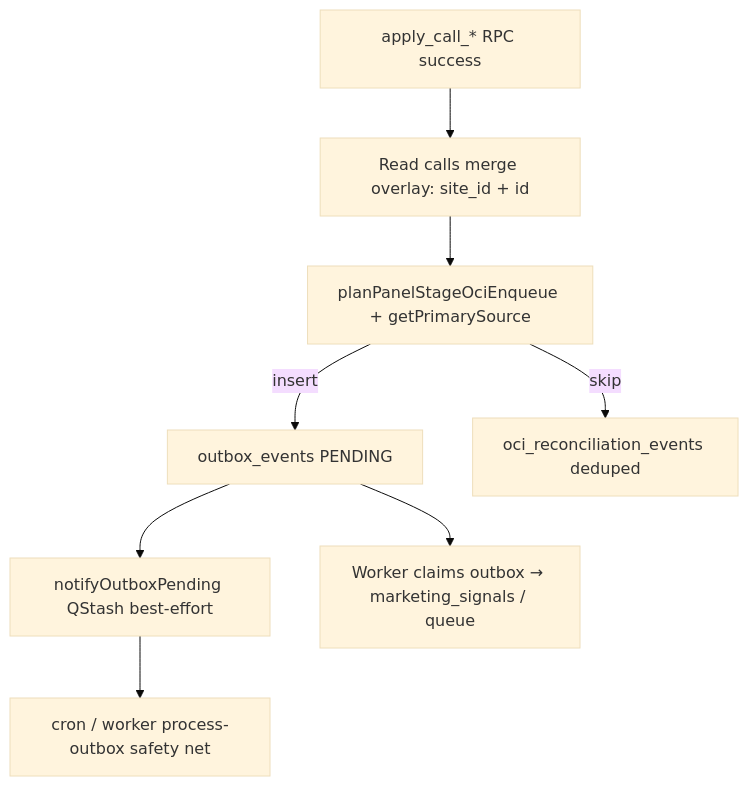
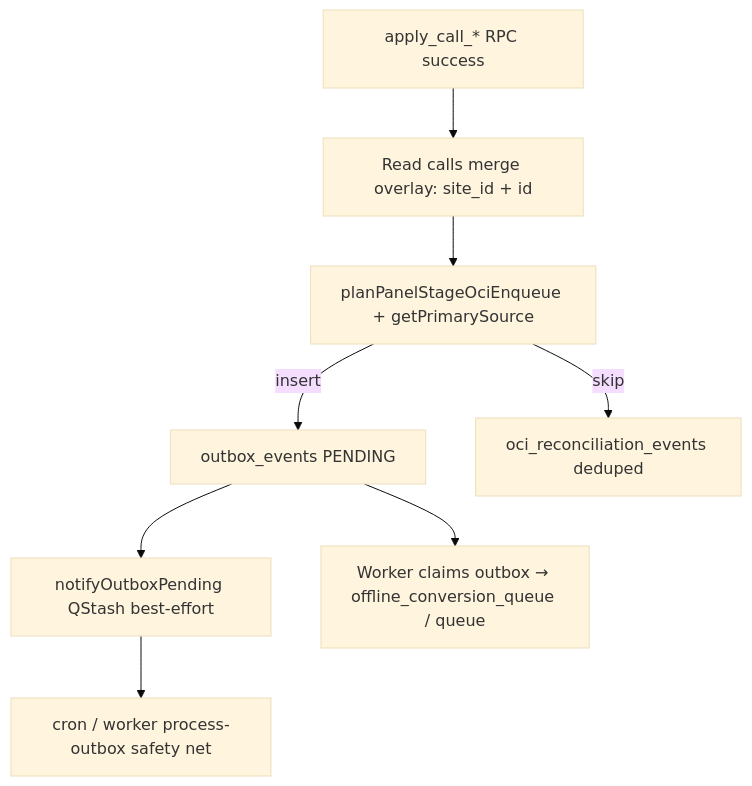
The second of 2 diagrams in docs/runbooks/OCI_SSOT_TROUBLESHOOTING.md (otomantik/OpsMantik), drawn with Mermaid (base theme) before and after one commit. The commit also changed other lines of this file and 188 other files, not shown here.

First line of the commit message:
refactor(oci): retire marketing_signals, CUT-02 cron kemik (7 schedules)

````diff
--- a/docs/runbooks/OCI_SSOT_TROUBLESHOOTING.md
+++ b/docs/runbooks/OCI_SSOT_TROUBLESHOOTING.md
@@ -111,10 +111,10 @@
 ```mermaid
 flowchart TD
   RPC[apply_call_* RPC success] --> Merge[Read calls merge overlay: site_id + id]
   Merge --> Plan[planPanelStageOciEnqueue + getPrimarySource]
   Plan -->|insert| Obx[outbox_events PENDING]
   Plan -->|skip| Rec[oci_reconciliation_events deduped]
   Obx --> Notify[notifyOutboxPending QStash best-effort]
   Notify --> Cron[cron / worker process-outbox safety net]
-  Obx --> Worker[Worker claims outbox → marketing_signals / queue]
+  Obx --> Worker[Worker claims outbox → offline_conversion_queue / queue]
 ```
````
